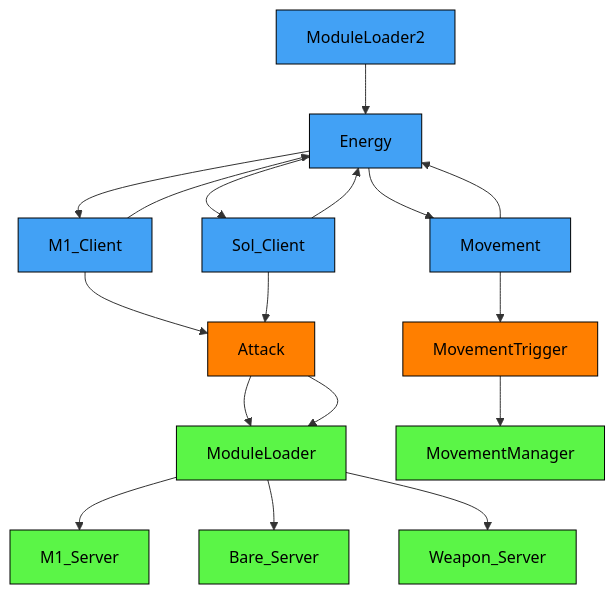
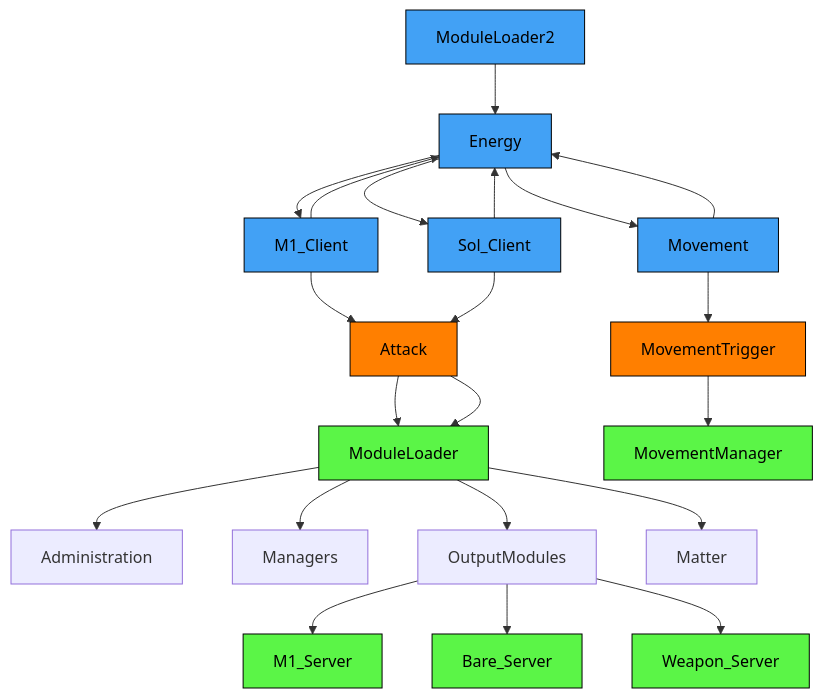
One commit to altair5607249/Crusaders-Game changed the diagram in README.md. Above: the diagram before and after it, drawn with Mermaid.

````diff
--- a/README.md
+++ b/README.md
@@ -21,22 +21,26 @@
 ```mermaid
 graph TD;
 
   classDef serverNode fill:#5bf547,stroke:#000000,color:#000000
   classDef clientNode fill:#42a1f5,stroke:#000000,color:#000000
   classDef remoteEvent fill:#FF7F00,stroke:#000000,color:#000000
 
   ModuleLoader2-->Energy;
   Energy-->M1_Client-->Energy;
   Energy-->Sol_Client-->Energy;
   Energy-->Movement-->Energy;
   M1_Client-->Attack-->ModuleLoader;
   Sol_Client-->Attack-->ModuleLoader;
   Movement-->MovementTrigger-->MovementManager;
-  ModuleLoader-->M1_Server;
-  ModuleLoader-->Bare_Server;
-  ModuleLoader-->Weapon_Server;
+  ModuleLoader-->Administration;
+  ModuleLoader-->Managers;
+  ModuleLoader-->OutputModules;
+  ModuleLoader-->Matter;
+  OutputModules-->M1_Server;
+  OutputModules-->Bare_Server;
+  OutputModules-->Weapon_Server;
 
   class ModuleLoader,M1_Server,Bare_Server,Weapon_Server,MovementManager serverNode;
   class ModuleLoader2,Energy,M1_Client,Sol_Client,Movement clientNode;
   class Attack,MovementTrigger remoteEvent;
 ```  
````
